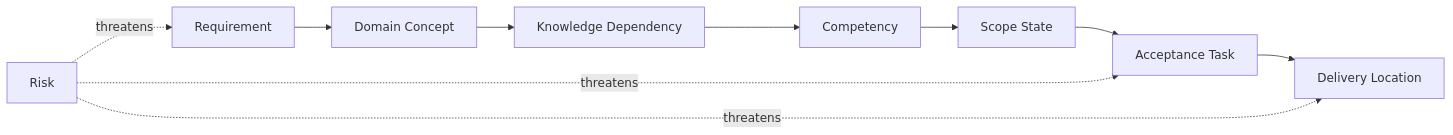
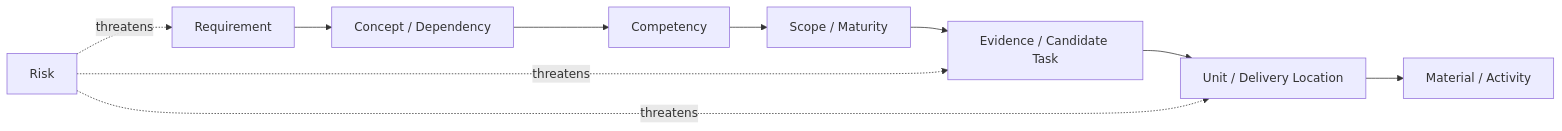
The diagram in design/10-traceability-matrix.en.md (inred329/summer_pre_course_2026), drawn with Mermaid before and after one commit. The commit also changed other lines of this file and 104 other files, not shown here.

````diff
--- a/design/10-traceability-matrix.en.md
+++ b/design/10-traceability-matrix.en.md
@@ -35,12 +27,12 @@
 ```mermaid
 flowchart LR
-    REQ[Requirement] --> DM[Domain Concept]
-    DM --> KG[Knowledge Dependency]
-    KG --> PC[Competency]
-    PC --> SB[Scope State]
-    SB --> AT[Acceptance Task]
-    AT --> DEL[Delivery Location]
+    REQ[Requirement] --> CON[Concept / Dependency]
+    CON --> PC[Competency]
+    PC --> SB[Scope / Maturity]
+    SB --> EV[Evidence / Candidate Task]
+    EV --> UNIT[Unit / Delivery Location]
+    UNIT --> MAT[Material / Activity]
     RISK[Risk] -.threatens.-> REQ
-    RISK -.threatens.-> AT
-    RISK -.threatens.-> DEL
+    RISK -.threatens.-> EV
+    RISK -.threatens.-> UNIT
 ```
````
